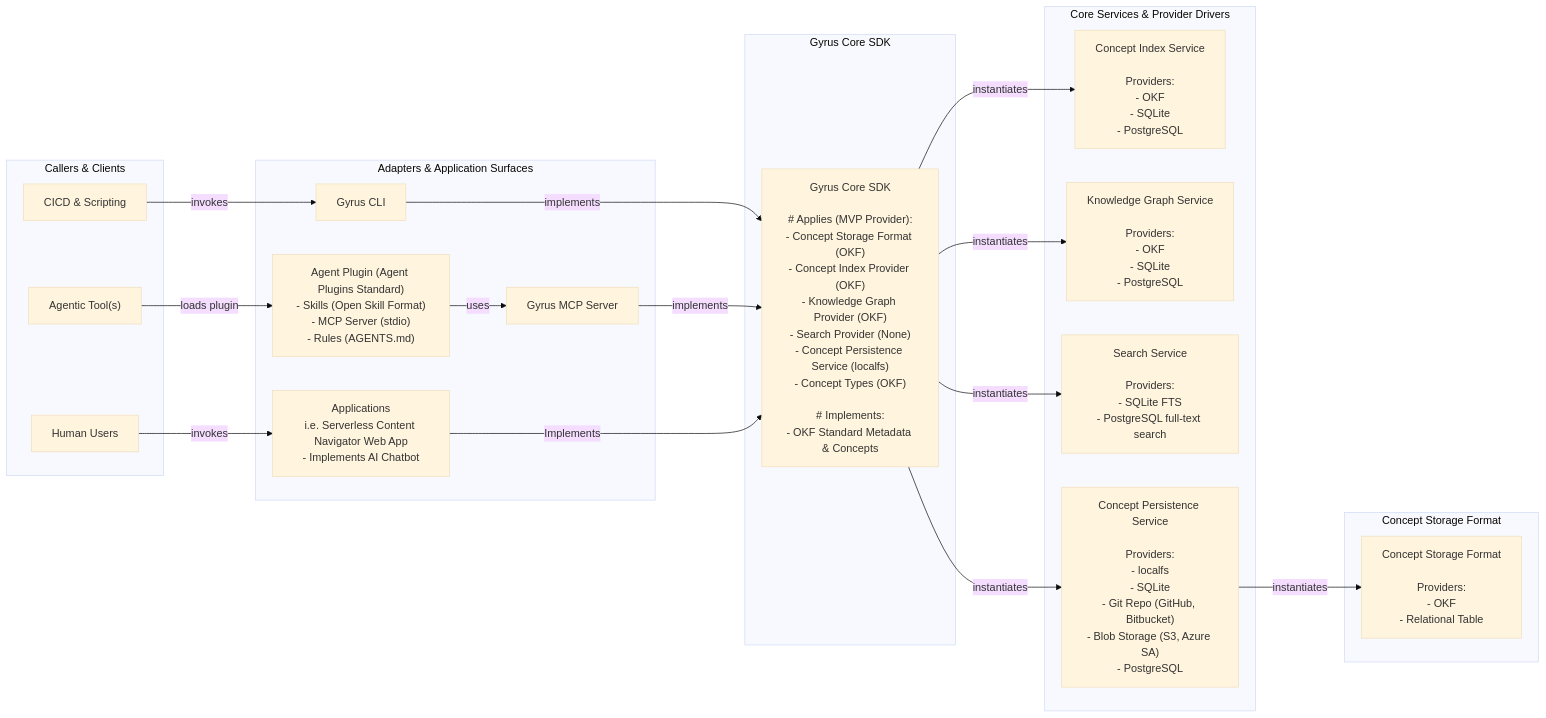
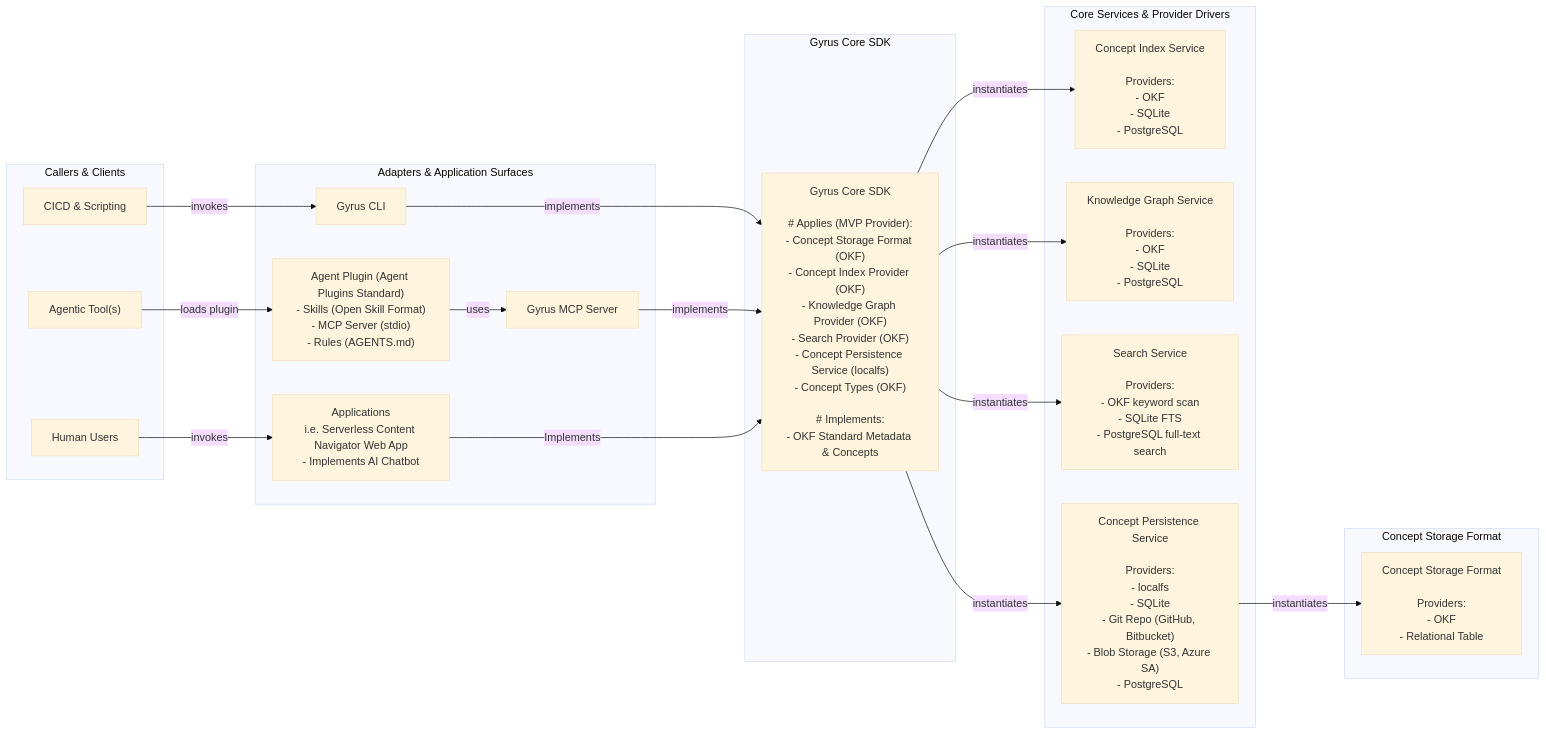
One commit to armckinney/gyrus changed the diagram in README.md. Above: the diagram before and after it, drawn with Mermaid (base theme). The commit also changed other lines of this file and 198 other files, not shown here.

````diff
--- a/README.md
+++ b/README.md
@@ -70,48 +70,48 @@
 ```mermaid
 graph LR
     subgraph Clients ["Callers & Clients"]
         CICD["CICD & Scripting"]
         AgentTools["Agentic Tool(s)"]
         Humans["Human Users"]
     end
 
     subgraph Interface ["Adapters & Application Surfaces"]
         Plugin["Agent Plugin (Agent Plugins Standard)\n- Skills (Open Skill Format)\n- MCP Server (stdio)\n- Rules (AGENTS.md)"]
         CLI["Gyrus CLI"]
         MCP["Gyrus MCP Server"]
         Apps["Applications\ni.e. Serverless Content Navigator Web App\n- Implements AI Chatbot"]
     end
 
     subgraph Core ["Gyrus Core SDK"]
-        CoreSDK["Gyrus Core SDK\n\n# Applies (MVP Provider):\n- Concept Storage Format (OKF)\n- Concept Index Provider (OKF)\n- Knowledge Graph Provider (OKF)\n- Search Provider (None)\n- Concept Persistence Service (localfs)\n- Concept Types (OKF)\n\n# Implements:\n- OKF Standard Metadata & Concepts"]
+        CoreSDK["Gyrus Core SDK\n\n# Applies (MVP Provider):\n- Concept Storage Format (OKF)\n- Concept Index Provider (OKF)\n- Knowledge Graph Provider (OKF)\n- Search Provider (OKF)\n- Concept Persistence Service (localfs)\n- Concept Types (OKF)\n\n# Implements:\n- OKF Standard Metadata & Concepts"]
     end
 
     subgraph Services ["Core Services & Provider Drivers"]
         IndexSvc["Concept Index Service\n\nProviders:\n- OKF\n- SQLite\n- PostgreSQL"]
         GraphSvc["Knowledge Graph Service\n\nProviders:\n- OKF\n- SQLite\n- PostgreSQL"]
-        SearchSvc["Search Service\n\nProviders:\n- SQLite FTS\n- PostgreSQL full-text search"]
+        SearchSvc["Search Service\n\nProviders:\n- OKF keyword scan\n- SQLite FTS\n- PostgreSQL full-text search"]
         PersistSvc["Concept Persistence Service\n\nProviders:\n- localfs\n- SQLite\n- Git Repo (GitHub, Bitbucket)\n- Blob Storage (S3, Azure SA)\n- PostgreSQL"]
     end
 
     subgraph Storage ["Concept Storage Format"]
         StorageFmt["Concept Storage Format\n\nProviders:\n- OKF\n- Relational Table"]
     end
 
     %% Client and Adapter Relations
     CICD -->|invokes| CLI
     AgentTools -->|loads plugin| Plugin
     Plugin -->|uses| MCP
     CLI -->|implements| CoreSDK
     MCP -->|implements| CoreSDK
     Humans -->|invokes| Apps
     Apps -->|Implements| CoreSDK
 
     %% Core SDK Services Relations
     CoreSDK -->|instantiates| IndexSvc
     CoreSDK -->|instantiates| GraphSvc
     CoreSDK -->|instantiates| SearchSvc
     CoreSDK -->|instantiates| PersistSvc
 
     %% Persistence to Storage Format
     PersistSvc -->|instantiates| StorageFmt
 ```
````
